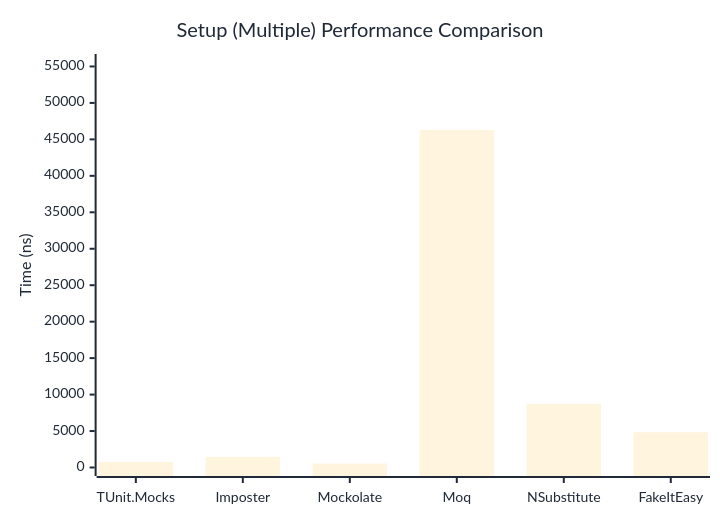
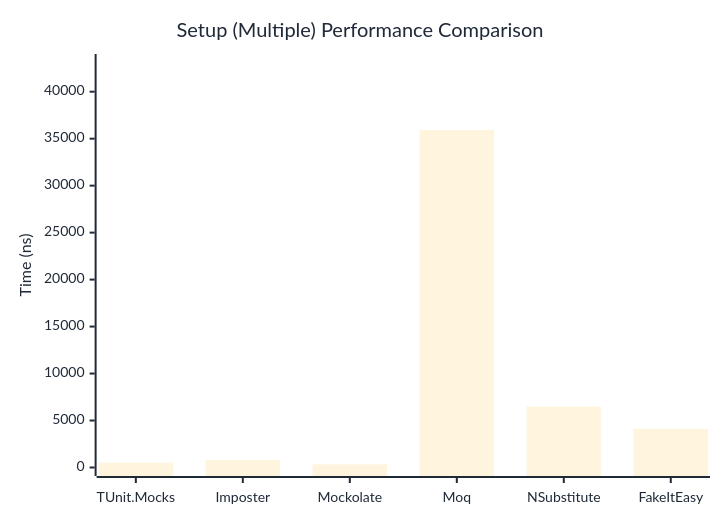
One commit to thomhurst/TUnit changed the second of 2 diagrams in docs/docs/benchmarks/mocks/Setup.md. Above: the diagram before and after it, drawn with Mermaid. The commit also changed other lines of this file and 14 other files, not shown here.

````diff
--- a/docs/docs/benchmarks/mocks/Setup.md
+++ b/docs/docs/benchmarks/mocks/Setup.md
@@ -71,27 +71,27 @@
 ```mermaid
 %%{init: {
   'theme':'base',
   'themeVariables': {
     'primaryColor': '#2563eb',
     'primaryTextColor': '#1f2937',
     'primaryBorderColor': '#1e40af',
     'lineColor': '#6b7280',
     'secondaryColor': '#7c3aed',
     'tertiaryColor': '#dc2626',
     'background': '#ffffff',
     'pie1': '#2563eb',
     'pie2': '#7c3aed',
     'pie3': '#dc2626',
     'pie4': '#f59e0b',
     'pie5': '#10b981',
     'pie6': '#06b6d4',
     'pie7': '#ec4899',
     'pie8': '#6366f1'
   }
 }}%%
 xychart-beta
   title "Setup (Multiple) Performance Comparison"
   x-axis ["TUnit.Mocks", "Imposter", "Mockolate", "Moq", "NSubstitute", "FakeItEasy"]
-  y-axis "Time (ns)" 0 --> 55543
-  bar [755, 1459.6, 544.2, 46285.8, 8741.8, 4836]
+  y-axis "Time (ns)" 0 --> 43107
+  bar [525.9, 781.3, 338.6, 35921.7, 6486, 4115]
 ```
````
